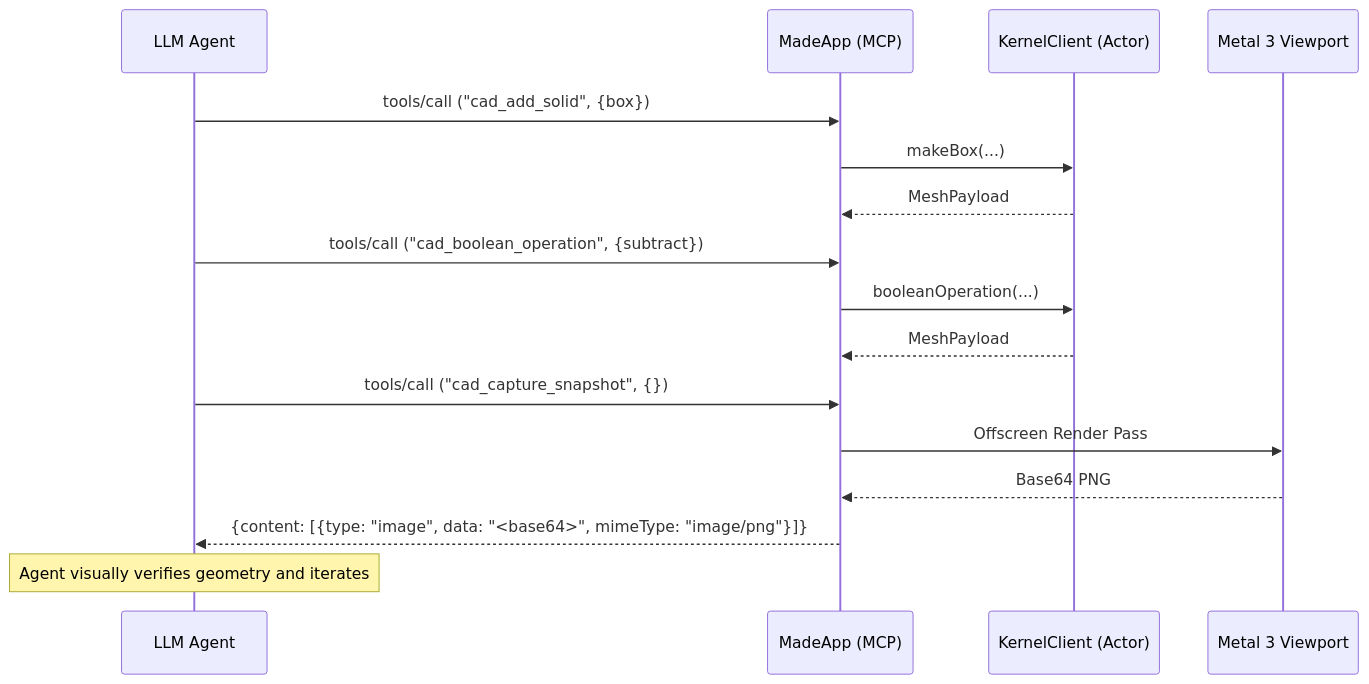
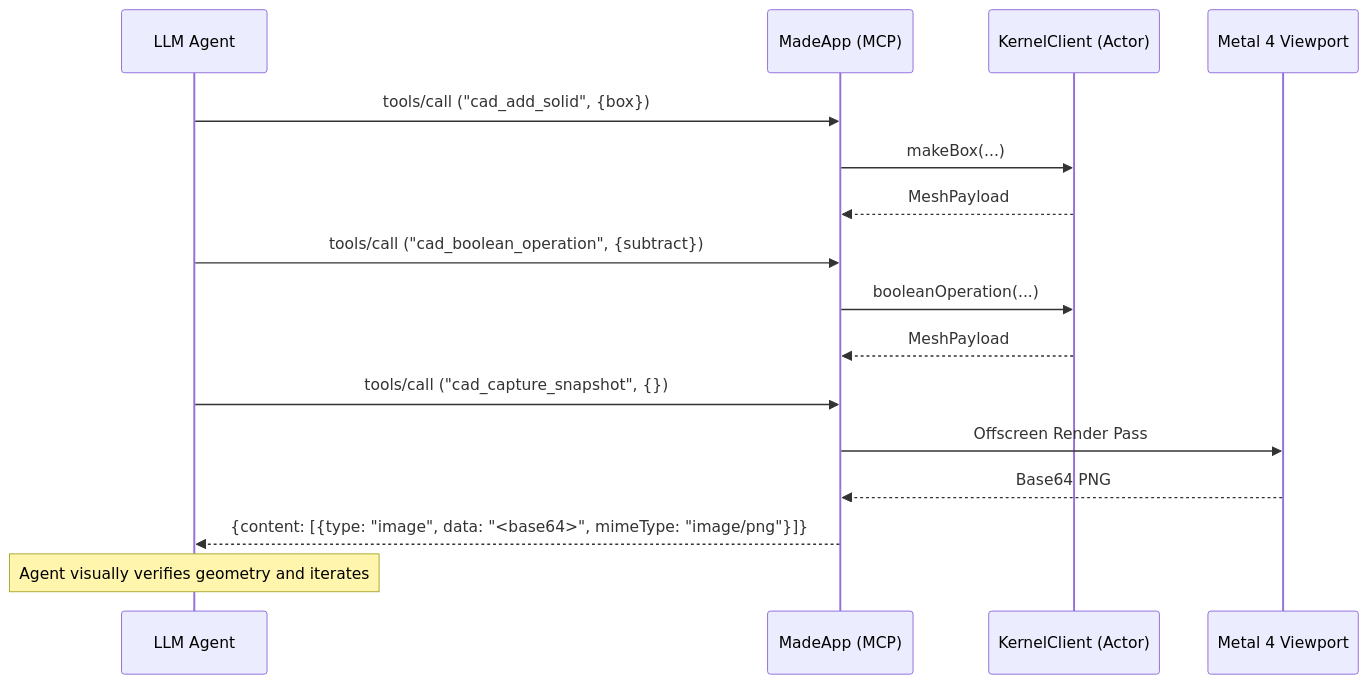
The diagram in docs/architecture/agent-api.md (travisgalloway/made), drawn with Mermaid before and after one commit. The commit also changed other lines of this file and 29 other files, not shown here.

First line of the commit message:
docs: record the 2026-10-11 audit, the MPL-2.0 license, the scripting runtime, and the agent roadmap (#145) (#148) (#412)

````diff
--- a/docs/architecture/agent-api.md
+++ b/docs/architecture/agent-api.md
@@ -108,19 +117,19 @@
 ```mermaid
 sequenceDiagram
     participant Agent as LLM Agent
     participant MCP as MadeApp (MCP)
     participant Kernel as KernelClient (Actor)
-    participant GPU as Metal 3 Viewport
+    participant GPU as Metal 4 Viewport
 
     Agent->>MCP: tools/call ("cad_add_solid", {box})
     MCP->>Kernel: makeBox(...)
     Kernel-->>MCP: MeshPayload
     Agent->>MCP: tools/call ("cad_boolean_operation", {subtract})
     MCP->>Kernel: booleanOperation(...)
     Kernel-->>MCP: MeshPayload
     Agent->>MCP: tools/call ("cad_capture_snapshot", {})
     MCP->>GPU: Offscreen Render Pass
     GPU-->>MCP: Base64 PNG
     MCP-->>Agent: {content: [{type: "image", data: "<base64>", mimeType: "image/png"}]}
     Note over Agent: Agent visually verifies geometry and iterates
 ```
````
